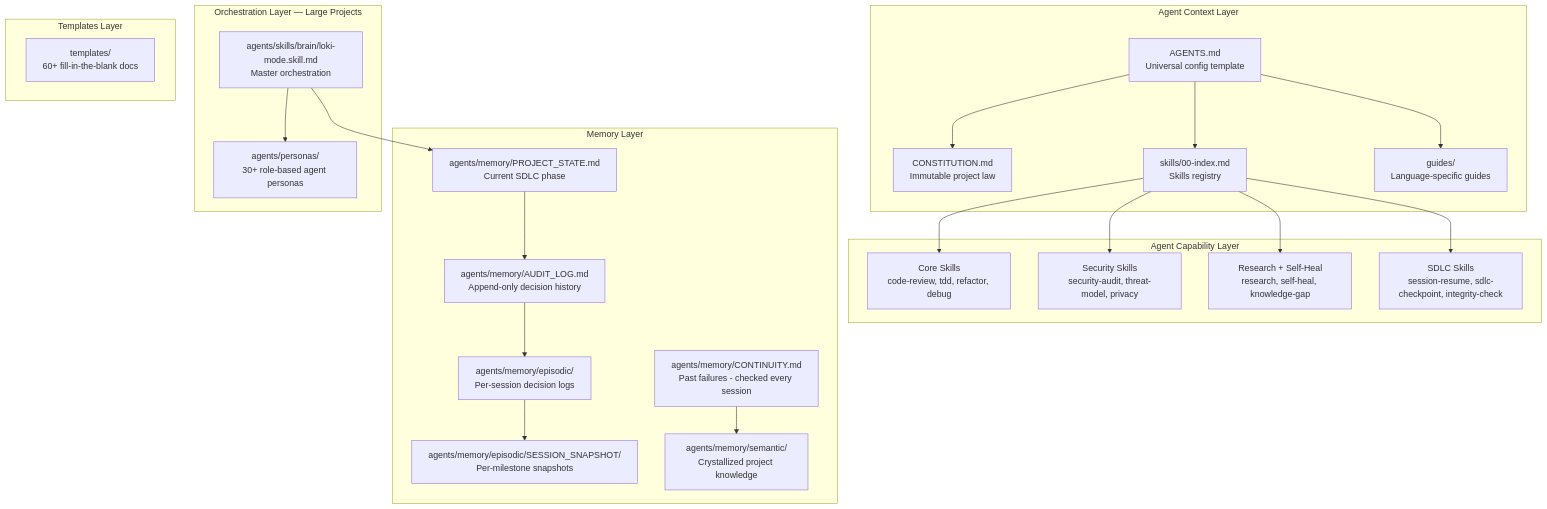
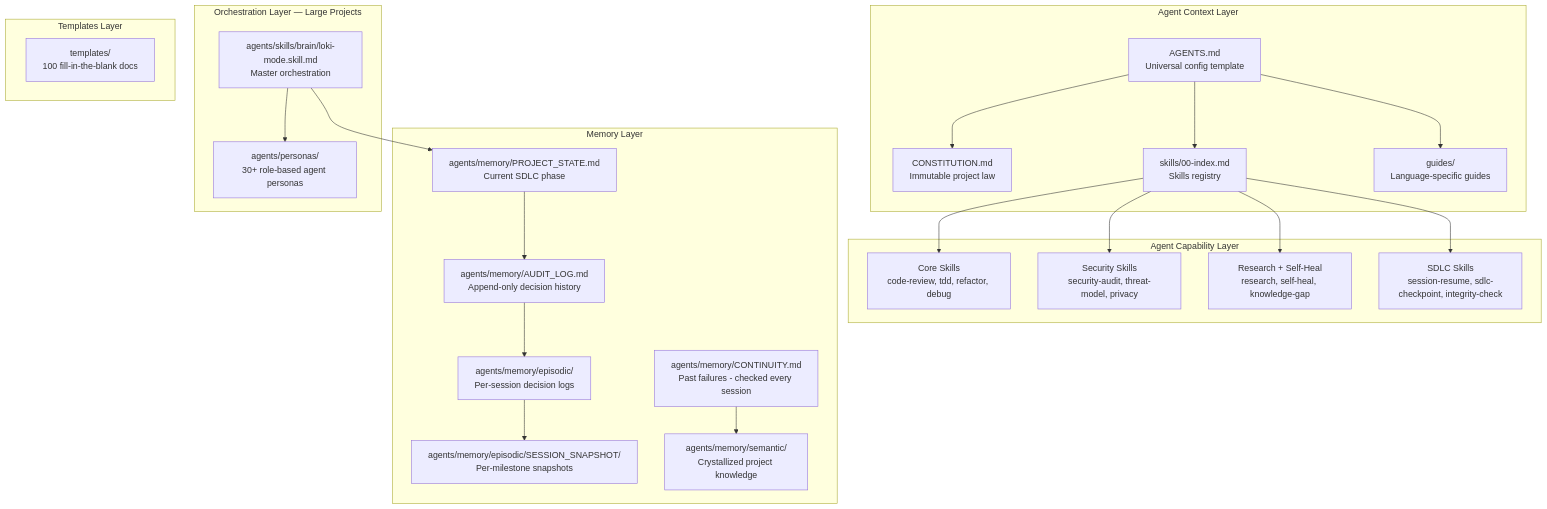
One commit to andreibesleaga/GABBE changed the second of 5 diagrams in docs/README_FULL.md. Above: the diagram before and after it, drawn with Mermaid. The commit also changed other lines of this file and 17 other files, not shown here.

Commit message:
Docs: audit fixes (36 findings): stale commands, paths, flags and claims; architecture page, CI table, release steps

````diff
--- a/docs/README_FULL.md
+++ b/docs/README_FULL.md
@@ -385,27 +387,27 @@
 ```mermaid
 graph TB
     subgraph "Agent Context Layer"
         A[AGENTS.md<br/>Universal config template] --> B[CONSTITUTION.md<br/>Immutable project law]
         A --> C[skills/00-index.md<br/>Skills registry]
         A --> D[guides/<br/>Language-specific guides]
     end
     subgraph "Agent Capability Layer"
         C --> S1[Core Skills<br/>code-review, tdd, refactor, debug]
         C --> S2[Security Skills<br/>security-audit, threat-model, privacy]
         C --> S3[Research + Self-Heal<br/>research, self-heal, knowledge-gap]
         C --> S4[SDLC Skills<br/>session-resume, sdlc-checkpoint, integrity-check]
     end
     subgraph "Memory Layer"
         M1[agents/memory/PROJECT_STATE.md<br/>Current SDLC phase] --> M2[agents/memory/AUDIT_LOG.md<br/>Append-only decision history]
         M2 --> M3[agents/memory/episodic/<br/>Per-session decision logs]
         M3 --> M4[agents/memory/episodic/SESSION_SNAPSHOT/<br/>Per-milestone snapshots]
         M5[agents/memory/CONTINUITY.md<br/>Past failures - checked every session] --> M6[agents/memory/semantic/<br/>Crystallized project knowledge]
     end
     subgraph "Orchestration Layer — Large Projects"
         L[agents/skills/brain/loki-mode.skill.md<br/>Master orchestration] --> P[agents/personas/<br/>30+ role-based agent personas]
         L --> M1
     end
     subgraph "Templates Layer"
-        T[templates/<br/>60+ fill-in-the-blank docs]
+        T[templates/<br/>100 fill-in-the-blank docs]
     end
 ```
````
